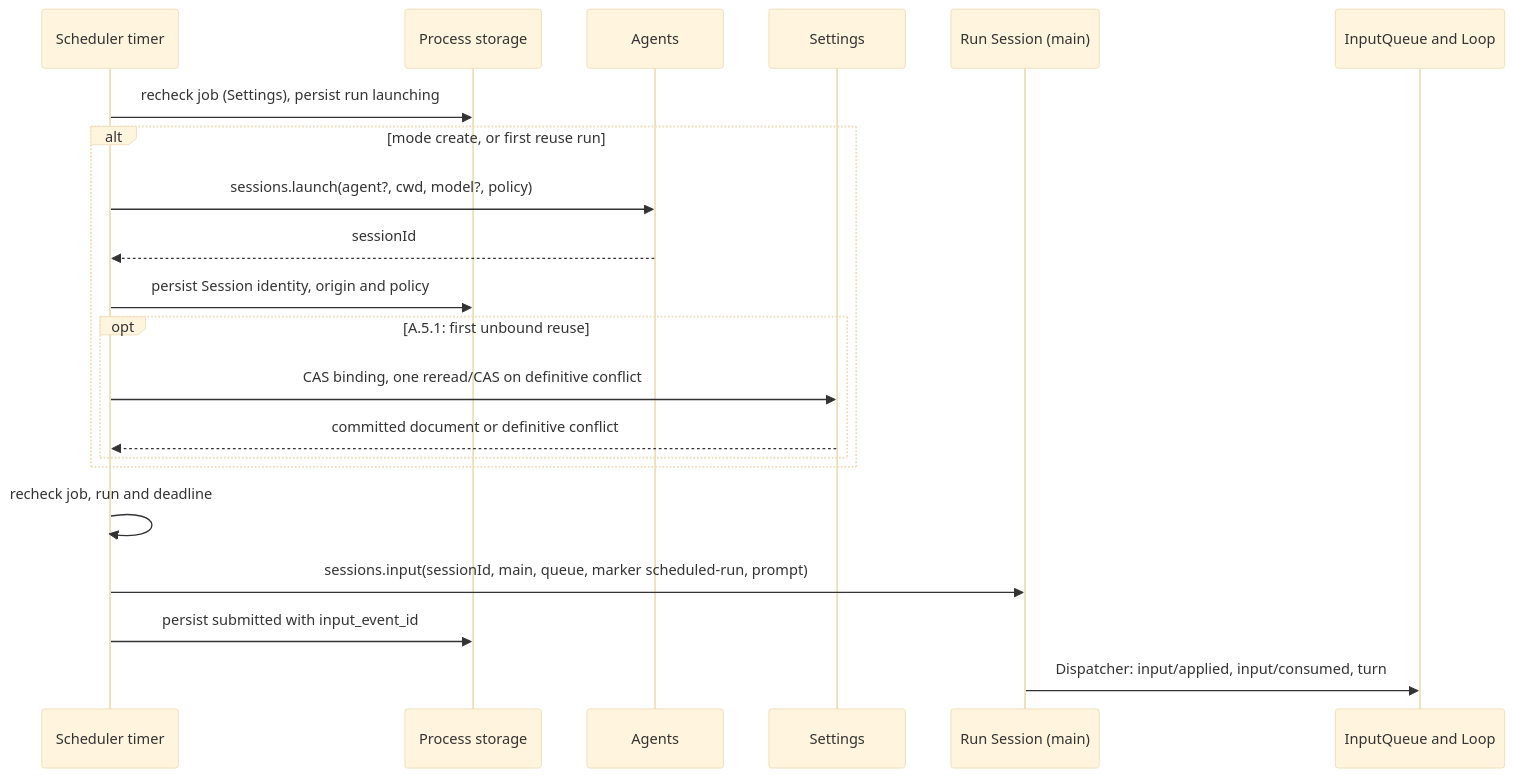
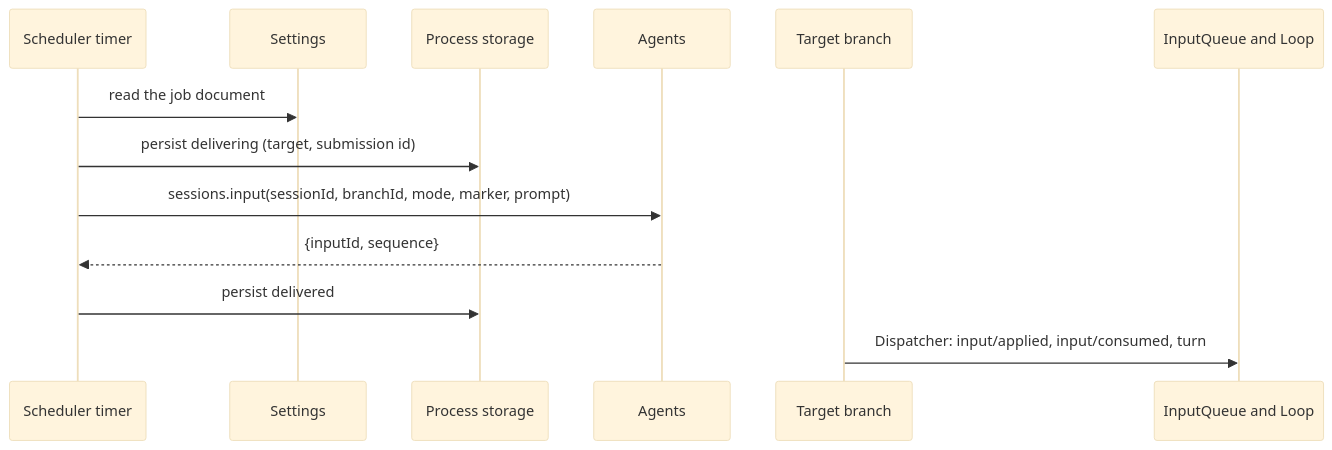
One commit to CoutinhoTTS/dim-agent changed the third of 5 diagrams in docs/design/plugins/Scheduler.md. Above: the diagram before and after it, drawn with Mermaid (base theme). The commit also changed other lines of this file and 5 other files, not shown here.

First line of the commit message:
docs(scheduler): deliver a scheduled job to the branch that saved it

````diff
--- a/docs/design/plugins/Scheduler.md
+++ b/docs/design/plugins/Scheduler.md
@@ -201,23 +204,15 @@
 ```mermaid
 sequenceDiagram
   participant T as Scheduler timer
+  participant SET as Settings
   participant ST as Process storage
   participant AG as Agents
-  participant SET as Settings
-  participant S as Run Session (main)
+  participant S as Target branch
   participant IQ as InputQueue and Loop
-  T->>ST: recheck job (Settings), persist run launching
-  alt mode create, or first reuse run
-    T->>AG: sessions.launch(agent?, cwd, model?, policy)
-    AG-->>T: sessionId
-    T->>ST: persist Session identity, origin and policy
-    opt A.5.1: first unbound reuse
-      T->>SET: CAS binding, one reread/CAS on definitive conflict
-      SET-->>T: committed document or definitive conflict
-    end
-  end
-  T->>T: recheck job, run and deadline
-  T->>S: sessions.input(sessionId, main, queue, marker scheduled-run, prompt)
-  T->>ST: persist submitted with input_event_id
+  T->>SET: read the job document
+  T->>ST: persist delivering (target, submission id)
+  T->>AG: sessions.input(sessionId, branchId, mode, marker, prompt)
+  AG-->>T: {inputId, sequence}
+  T->>ST: persist delivered
   S->>IQ: Dispatcher: input/applied, input/consumed, turn
 ```
````
